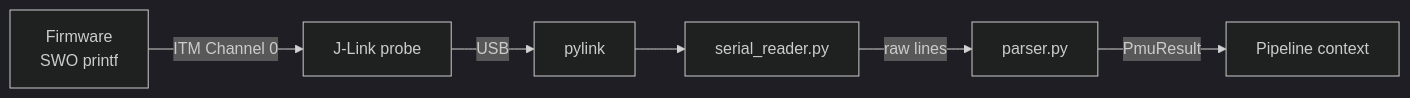
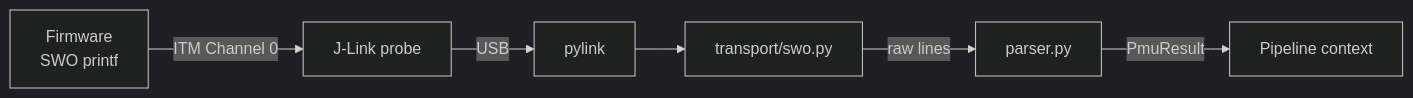
Before and after one commit to AmbiqAI/helia-profiler: the diagram in docs/architecture/capture.md, drawn with Mermaid (dark theme). The commit also changed 20 other files, not shown here.

````diff
--- a/docs/architecture/capture.md
+++ b/docs/architecture/capture.md
@@ -8,8 +8,8 @@
 ```mermaid
 graph LR
     A[Firmware<br/>SWO printf] -->|ITM Channel 0| B[J-Link probe]
     B -->|USB| C[pylink]
-    C --> D[serial_reader.py]
+    C --> D[transport/swo.py]
     D -->|raw lines| E[parser.py]
     E -->|PmuResult| F[Pipeline context]
 ```
````
